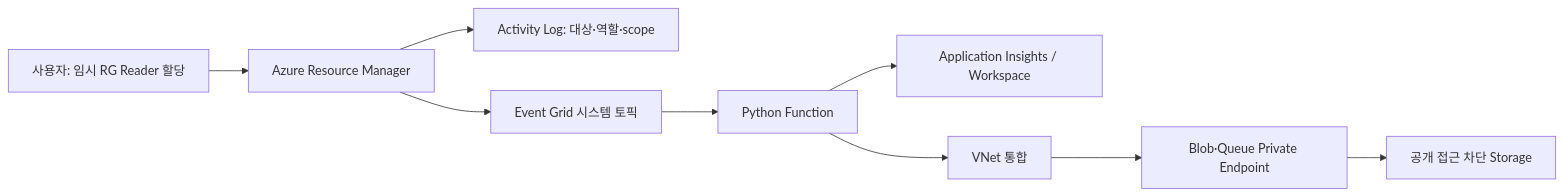
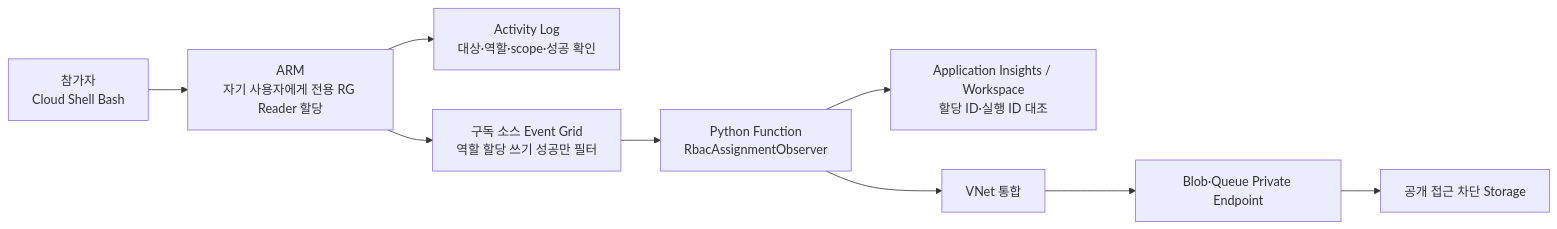
One commit to freeman9844/event-rbac-test-01 changed the diagram in README.md. Above: the diagram before and after it, drawn with Mermaid. The commit also changed other lines of this file and 8 other files, not shown here.

````diff
--- a/README.md
+++ b/README.md
@@ -18,11 +13,11 @@
 ```mermaid
 flowchart LR
-    U[사용자: 임시 RG Reader 할당] --> A[Azure Resource Manager]
-    A --> L[Activity Log: 대상·역할·scope]
-    A --> E[Event Grid 시스템 토픽]
-    E --> F[Python Function]
-    F --> I[Application Insights / Workspace]
+    U[참가자<br>Cloud Shell Bash] --> A[ARM<br>자기 사용자에게 전용 RG Reader 할당]
+    A --> L[Activity Log<br>대상·역할·scope·성공 확인]
+    A --> E[구독 소스 Event Grid<br>역할 할당 쓰기 성공만 필터]
+    E --> F[Python Function<br>RbacAssignmentObserver]
+    F --> I[Application Insights / Workspace<br>할당 ID·실행 ID 대조]
     F --> V[VNet 통합]
     V --> P[Blob·Queue Private Endpoint]
     P --> S[공개 접근 차단 Storage]
 ```
````
